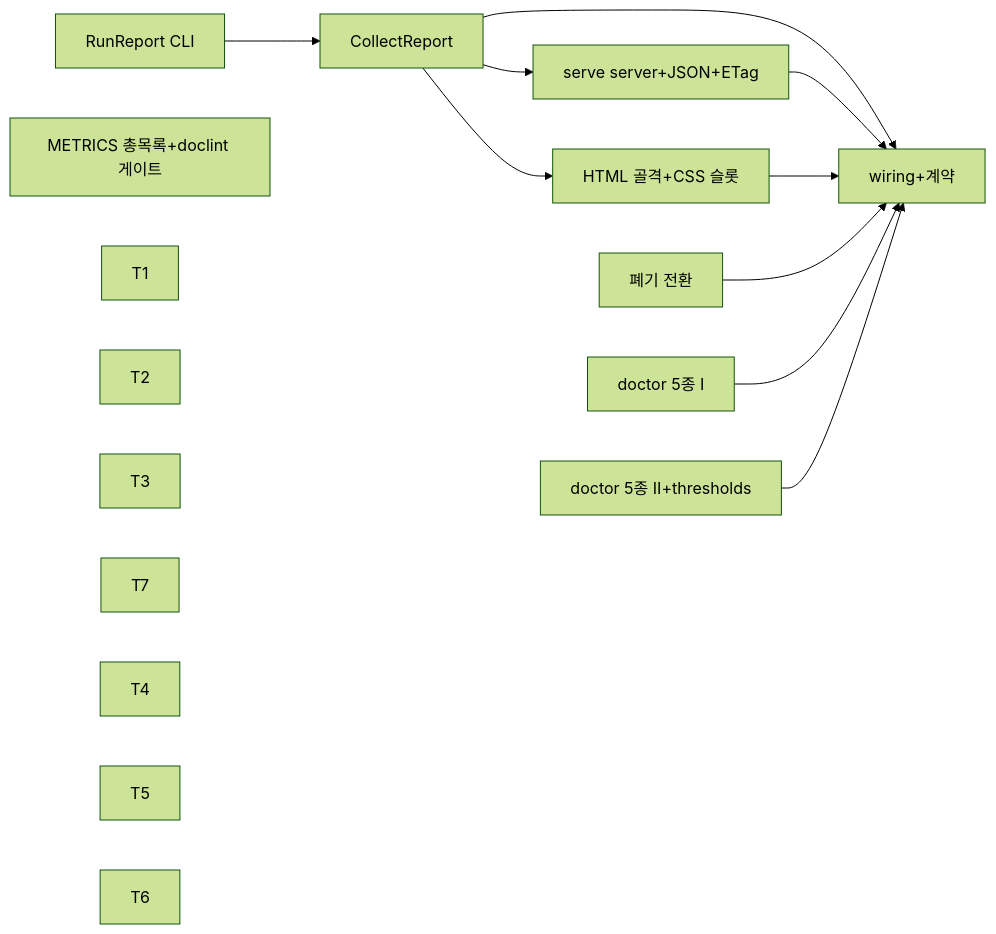
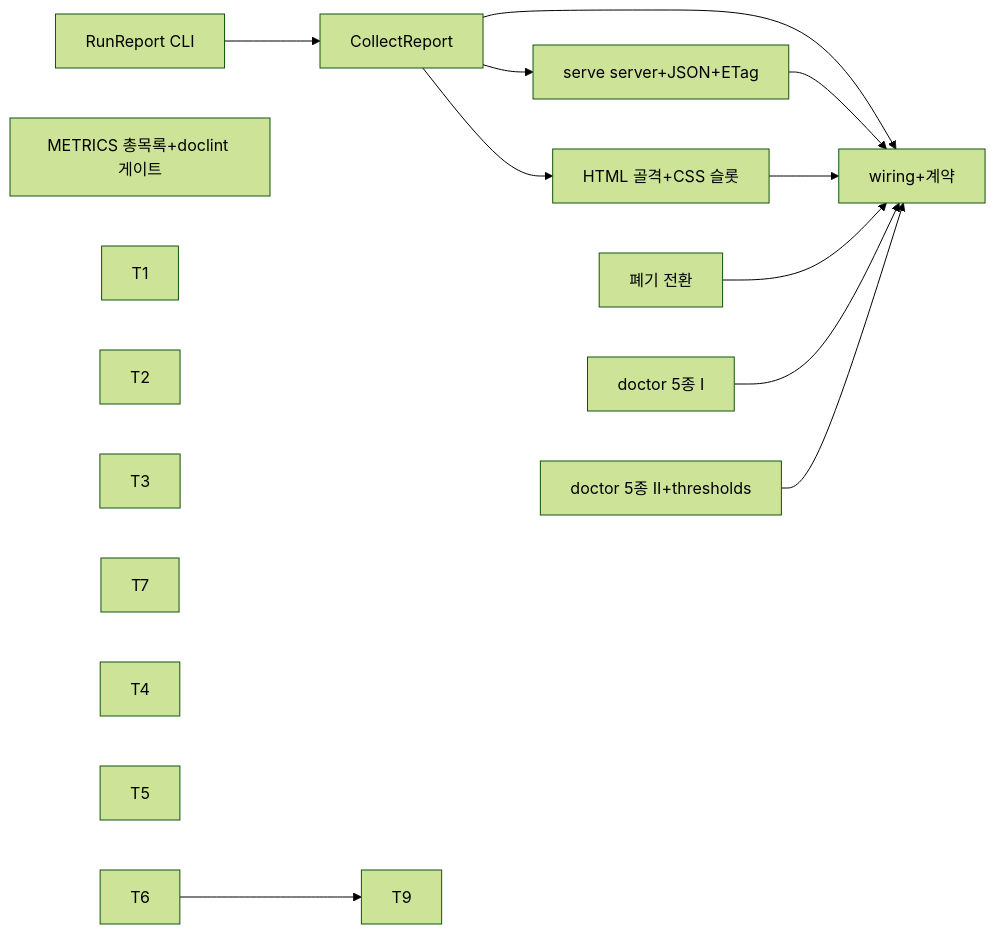
Before and after one commit to synuns/flint: the first of 2 diagrams in docs/plans/2026-11-24-flint-v1.33.0.md, drawn with Mermaid (forest theme). The commit also changed other lines of this file and 1 other file, not shown here.

````diff
--- a/docs/plans/2026-11-24-flint-v1.33.0.md
+++ b/docs/plans/2026-11-24-flint-v1.33.0.md
@@ -14,30 +14,32 @@
 ```mermaid
 flowchart LR
   A[RunReport CLI] --> C[CollectReport]
   C --> S[serve server+JSON+ETag]
   C --> H[HTML 골격+CSS 슬롯]
   C --> W[wiring+계약]
   S --> W
   H --> W
   D[폐기 전환] --> W
   P1[doctor 5종 I] --> W
   P2[doctor 5종 II+thresholds] --> W
   M[METRICS 총목록+doclint 게이트]
   %% taskgraph
   T1
   T2
   T1
   T3
   T1
   T7
   T2
   T7
   T3
   T7
   T4
   T7
   T5
   T7
   T6
   T7
+  T9
+  T6 --> T9
 ```
````
